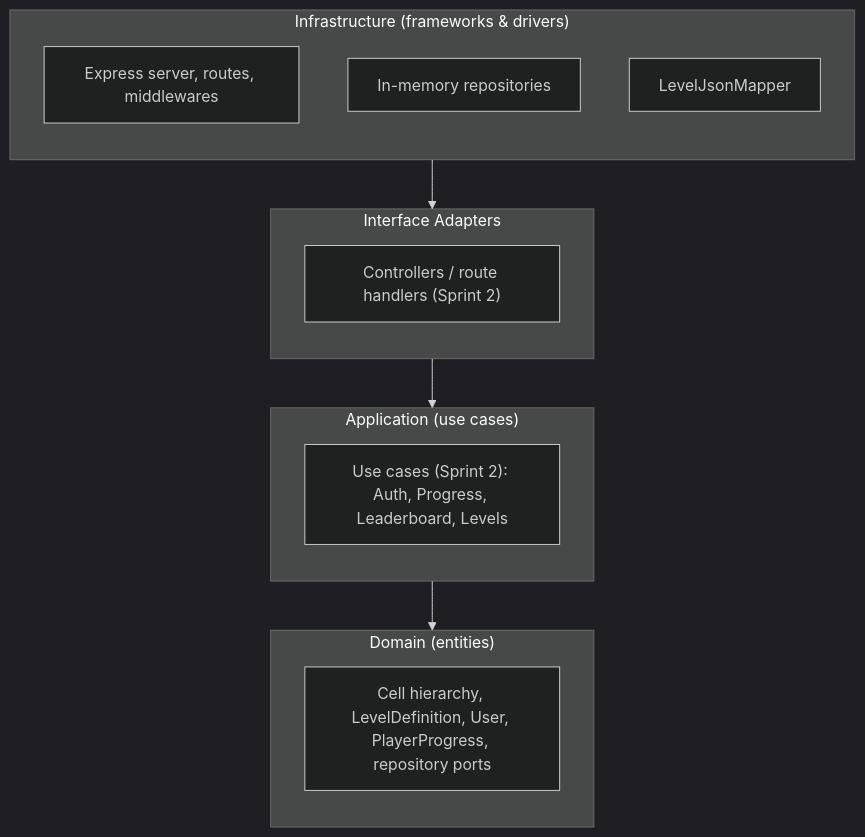
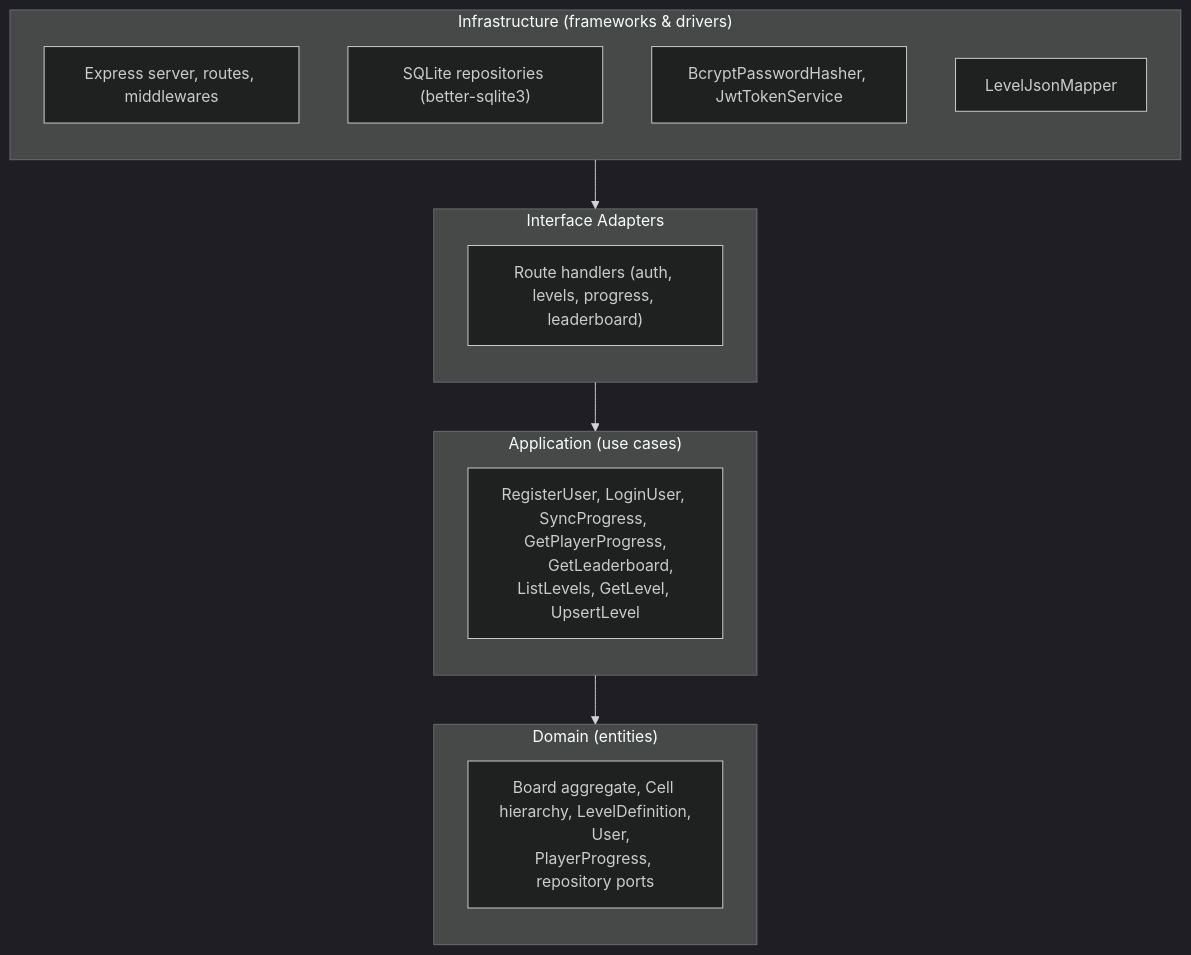
Before and after one commit to Georopeza/BackEnd-ArrowMaze: the diagram in README.md, drawn with Mermaid (dark theme). The commit also changed other lines of this file and 1 other file, not shown here.

First line of the commit message:
docs(readme): reflect actual implementation state, drop stale sprint framing

````diff
--- a/README.md
+++ b/README.md
@@ -23,23 +26,26 @@
 ```mermaid
 flowchart TB
     subgraph L4["Infrastructure (frameworks & drivers)"]
         direction TB
         Express["Express server, routes, middlewares"]
-        InMemory["In-memory repositories"]
+        Sqlite["SQLite repositories (better-sqlite3)"]
+        Security["BcryptPasswordHasher, JwtTokenService"]
         Mappers["LevelJsonMapper"]
     end
     subgraph L3["Interface Adapters"]
         direction TB
-        Controllers["Controllers / route handlers (Sprint 2)"]
+        Controllers["Route handlers (auth, levels, progress, leaderboard)"]
     end
     subgraph L2["Application (use cases)"]
         direction TB
-        UseCases["Use cases (Sprint 2): Auth, Progress, Leaderboard, Levels"]
+        UseCases["RegisterUser, LoginUser, SyncProgress, GetPlayerProgress,
+        GetLeaderboard, ListLevels, GetLevel, UpsertLevel"]
     end
     subgraph L1["Domain (entities)"]
         direction TB
-        Entities["Cell hierarchy, LevelDefinition, User, PlayerProgress, repository ports"]
+        Entities["Board aggregate, Cell hierarchy, LevelDefinition,
+        User, PlayerProgress, repository ports"]
     end
 
     L4 --> L3 --> L2 --> L1
 ```
````
